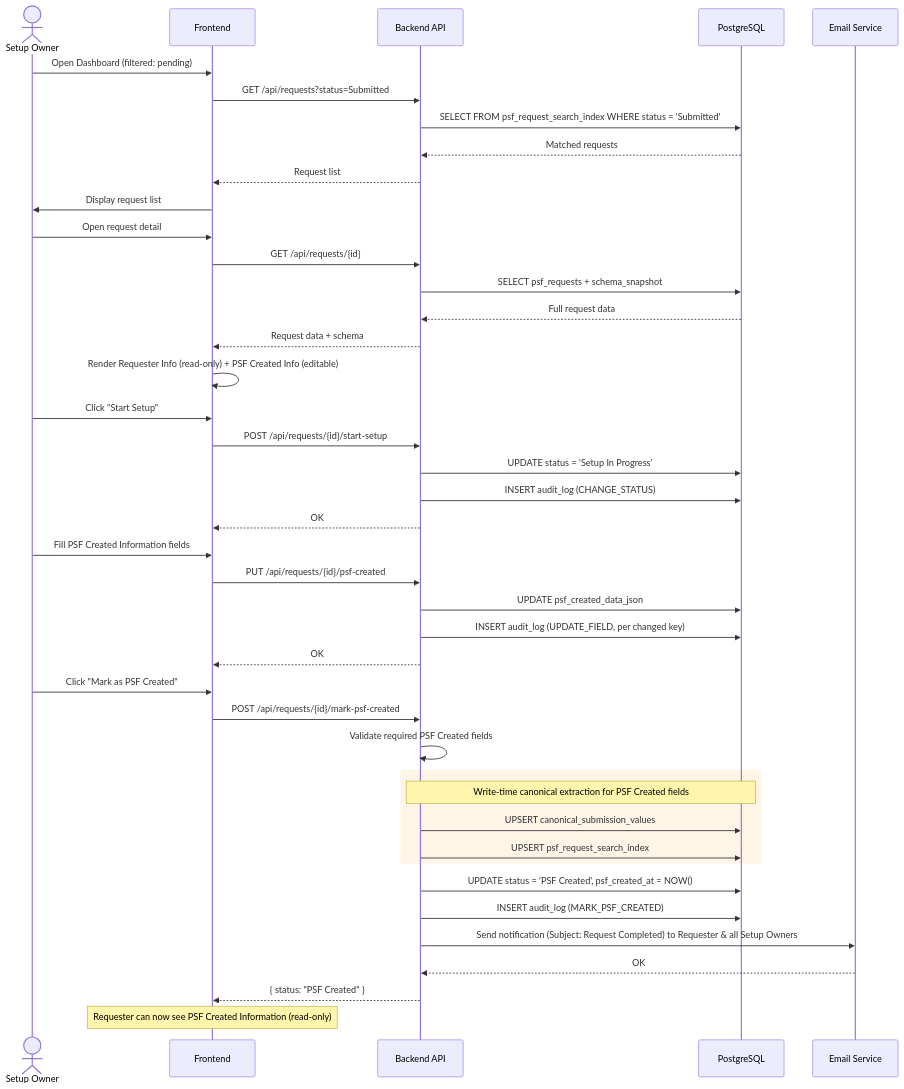
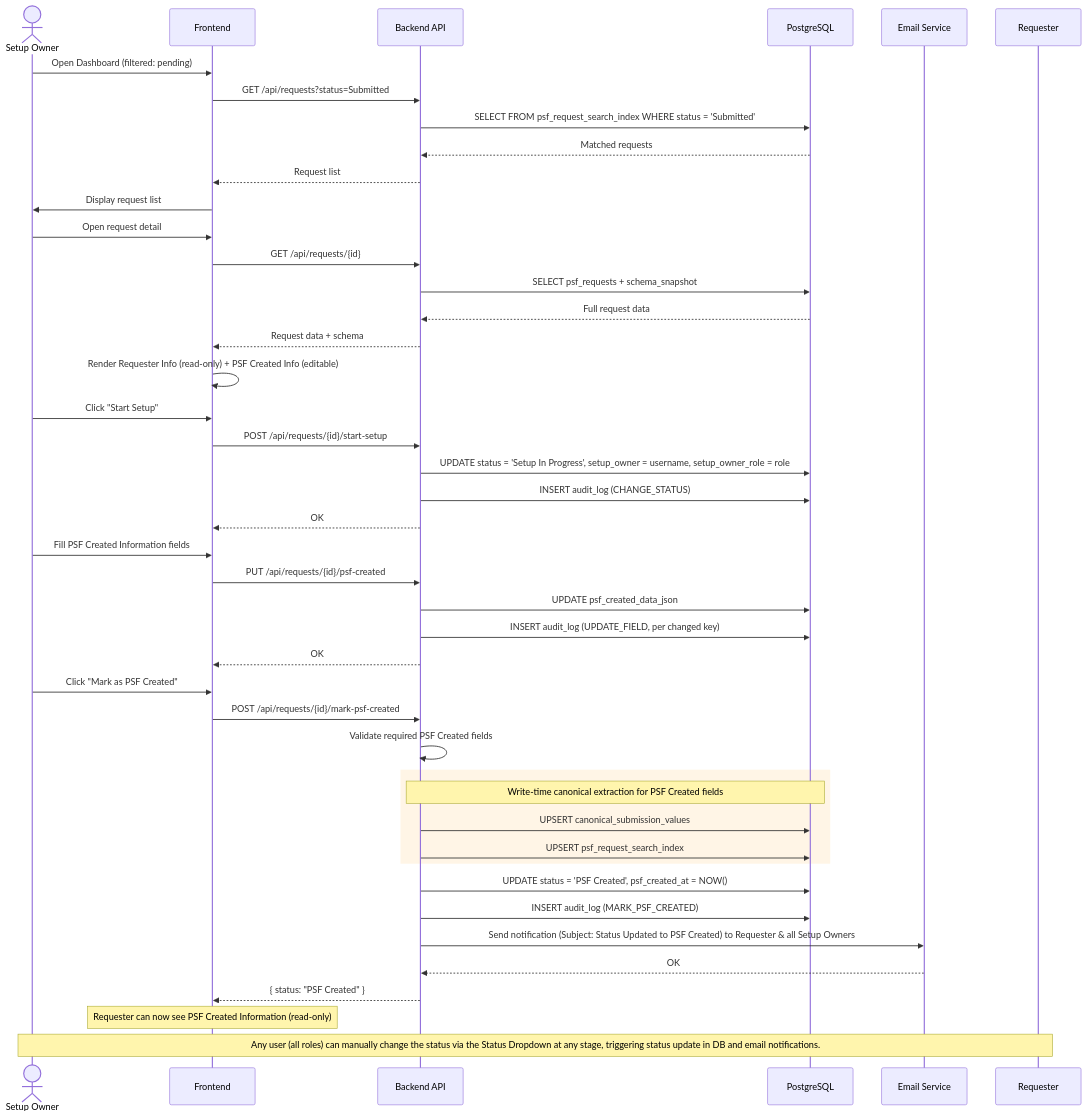
One commit to Kasidet4531/Web-Request-setup-file changed the ninth of 14 diagrams in docs/diagrams.md. Above: the diagram before and after it, drawn with Mermaid. The commit also changed other lines of this file and 2 other files, not shown here.

Commit message:
docs: update manual status transitions and auto owner assignment

````diff
--- a/docs/diagrams.md
+++ b/docs/diagrams.md
@@ -515,53 +515,54 @@
 ```mermaid
 sequenceDiagram
     actor SetupOwner as Setup Owner
     participant FE as Frontend
     participant BE as Backend API
     participant DB as PostgreSQL
     participant Email as Email Service
 
     SetupOwner ->> FE: Open Dashboard (filtered: pending)
     FE ->> BE: GET /api/requests?status=Submitted
     BE ->> DB: SELECT FROM psf_request_search_index WHERE status = 'Submitted'
     DB -->> BE: Matched requests
     BE -->> FE: Request list
     FE ->> SetupOwner: Display request list
 
     SetupOwner ->> FE: Open request detail
     FE ->> BE: GET /api/requests/{id}
     BE ->> DB: SELECT psf_requests + schema_snapshot
     DB -->> BE: Full request data
     BE -->> FE: Request data + schema
 
     FE ->> FE: Render Requester Info (read-only) + PSF Created Info (editable)
 
     SetupOwner ->> FE: Click "Start Setup"
     FE ->> BE: POST /api/requests/{id}/start-setup
-    BE ->> DB: UPDATE status = 'Setup In Progress'
+    BE ->> DB: UPDATE status = 'Setup In Progress', setup_owner = username, setup_owner_role = role
     BE ->> DB: INSERT audit_log (CHANGE_STATUS)
     BE -->> FE: OK
 
     SetupOwner ->> FE: Fill PSF Created Information fields
     FE ->> BE: PUT /api/requests/{id}/psf-created
     BE ->> DB: UPDATE psf_created_data_json
     BE ->> DB: INSERT audit_log (UPDATE_FIELD, per changed key)
     BE -->> FE: OK
 
     SetupOwner ->> FE: Click "Mark as PSF Created"
     FE ->> BE: POST /api/requests/{id}/mark-psf-created
     BE ->> BE: Validate required PSF Created fields
 
     rect rgb(255, 245, 230)
         Note over BE, DB: Write-time canonical extraction for PSF Created fields
         BE ->> DB: UPSERT canonical_submission_values
         BE ->> DB: UPSERT psf_request_search_index
     end
 
     BE ->> DB: UPDATE status = 'PSF Created', psf_created_at = NOW()
     BE ->> DB: INSERT audit_log (MARK_PSF_CREATED)
-    BE ->> Email: Send notification (Subject: Request Completed) to Requester & all Setup Owners
+    BE ->> Email: Send notification (Subject: Status Updated to PSF Created) to Requester & all Setup Owners
     Email -->> BE: OK
     BE -->> FE: { status: "PSF Created" }
 
     Note over FE: Requester can now see PSF Created Information (read-only)
+    Note over Requester, SetupOwner: Any user (all roles) can manually change the status via the Status Dropdown at any stage, triggering status update in DB and email notifications.
 ```
````
